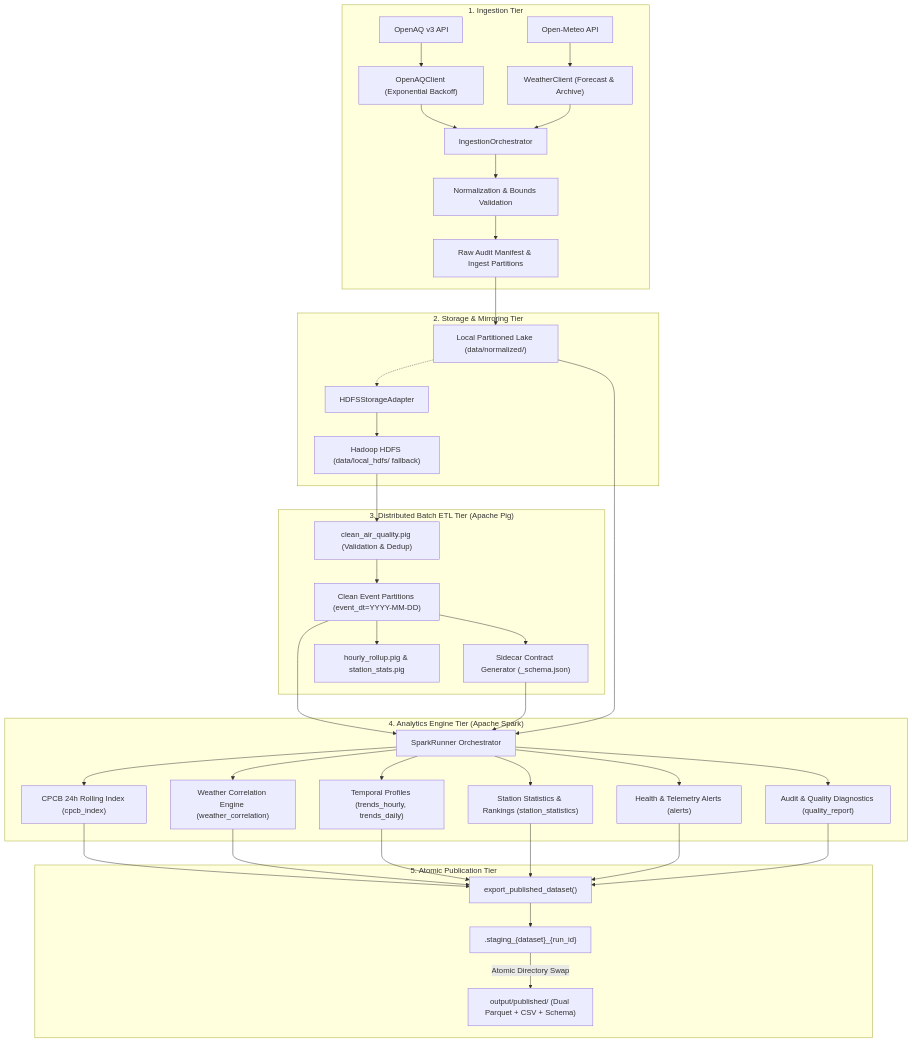
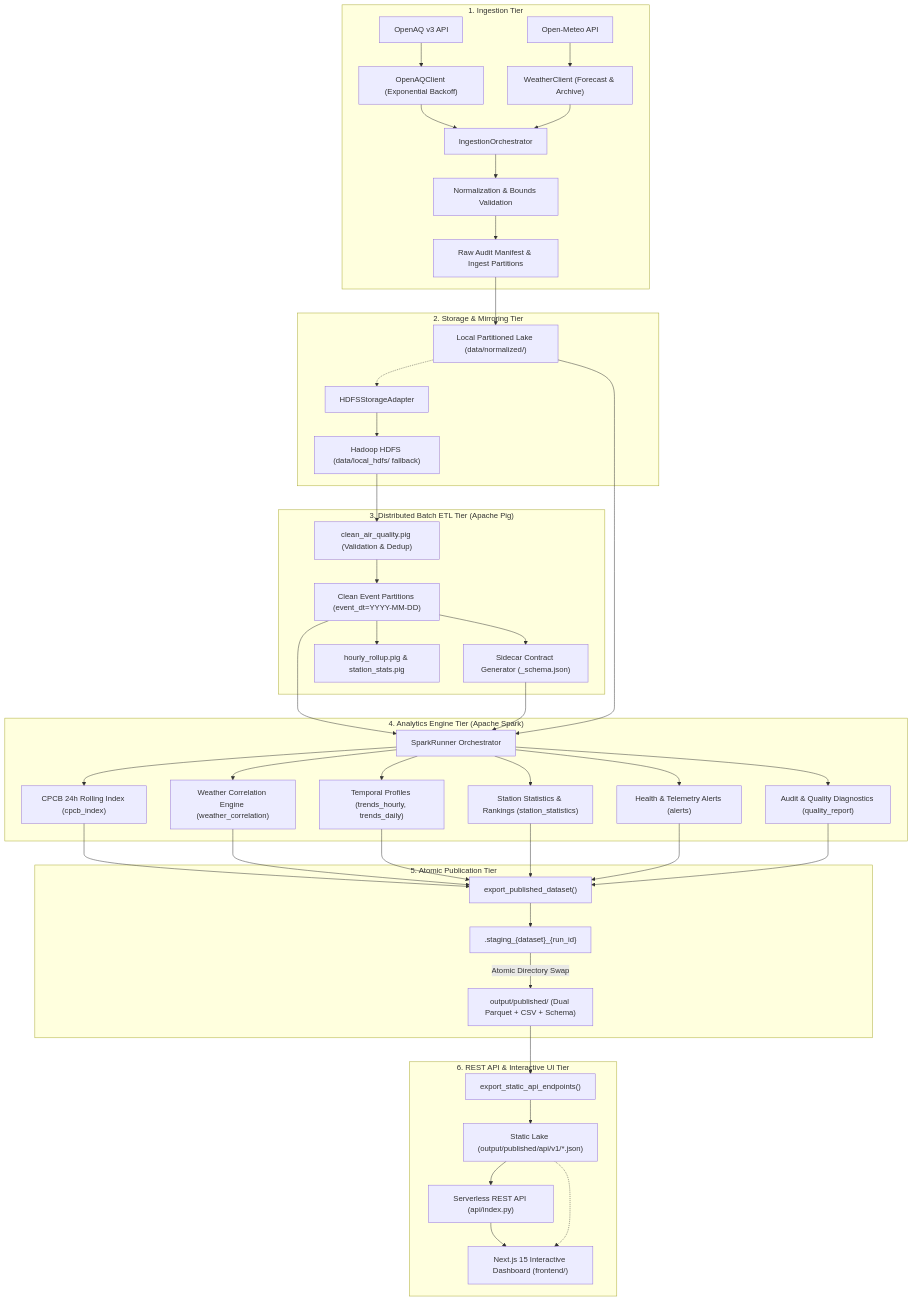
The first of 4 diagrams in README.md (sindhublava-2131/SkyWatch), drawn with Mermaid before and after one commit. The commit also changed other lines of this file and 48 other files, not shown here.

````diff
--- a/README.md
+++ b/README.md
@@ -33,47 +34,55 @@
 ```mermaid
 flowchart TD
     subgraph Ingestion["1. Ingestion Tier"]
         API_OpenAQ["OpenAQ v3 API"] --> Client_AQ["OpenAQClient (Exponential Backoff)"]
         API_Meteo["Open-Meteo API"] --> Client_Weather["WeatherClient (Forecast & Archive)"]
         Client_AQ --> Orch["IngestionOrchestrator"]
         Client_Weather --> Orch
         Orch --> Norm["Normalization & Bounds Validation"]
         Norm --> RawStore["Raw Audit Manifest & Ingest Partitions"]
     end
 
     subgraph Storage["2. Storage & Mirroring Tier"]
         RawStore --> LocalFS["Local Partitioned Lake (data/normalized/)"]
         LocalFS -.-> HDFSAdapter["HDFSStorageAdapter"]
         HDFSAdapter --> HDFSStore["Hadoop HDFS (data/local_hdfs/ fallback)"]
     end
 
     subgraph PigETL["3. Distributed Batch ETL Tier (Apache Pig)"]
         HDFSStore --> PigClean["clean_air_quality.pig (Validation & Dedup)"]
         PigClean --> CleanData["Clean Event Partitions (event_dt=YYYY-MM-DD)"]
         CleanData --> Sidecar["Sidecar Contract Generator (_schema.json)"]
         CleanData --> PigRollup["hourly_rollup.pig & station_stats.pig"]
     end
 
     subgraph SparkAnalytics["4. Analytics Engine Tier (Apache Spark)"]
         CleanData --> SparkRunner["SparkRunner Orchestrator"]
         Sidecar --> SparkRunner
         LocalFS --> SparkRunner
         SparkRunner --> Job_CPCB["CPCB 24h Rolling Index (cpcb_index)"]
         SparkRunner --> Job_Weather["Weather Correlation Engine (weather_correlation)"]
         SparkRunner --> Job_Trends["Temporal Profiles (trends_hourly, trends_daily)"]
         SparkRunner --> Job_Stats["Station Statistics & Rankings (station_statistics)"]
         SparkRunner --> Job_Alerts["Health & Telemetry Alerts (alerts)"]
         SparkRunner --> Job_Quality["Audit & Quality Diagnostics (quality_report)"]
     end
 
     subgraph Publishing["5. Atomic Publication Tier"]
         Job_CPCB --> ExportPub["export_published_dataset()"]
         Job_Weather --> ExportPub
         Job_Trends --> ExportPub
         Job_Stats --> ExportPub
         Job_Alerts --> ExportPub
         Job_Quality --> ExportPub
         ExportPub --> StagingDir[".staging_{dataset}_{run_id}"]
         StagingDir -->|Atomic Directory Swap| FinalPub["output/published/ (Dual Parquet + CSV + Schema)"]
     end
+
+    subgraph Serving["6. REST API & Interactive UI Tier"]
+        FinalPub --> ExportAPI["export_static_api_endpoints()"]
+        ExportAPI --> StaticLake["Static Lake (output/published/api/v1/*.json)"]
+        StaticLake --> RestAPI["Serverless REST API (api/index.py)"]
+        RestAPI --> NextUI["Next.js 15 Interactive Dashboard (frontend/)"]
+        StaticLake -.-> NextUI
+    end
 ```
````
